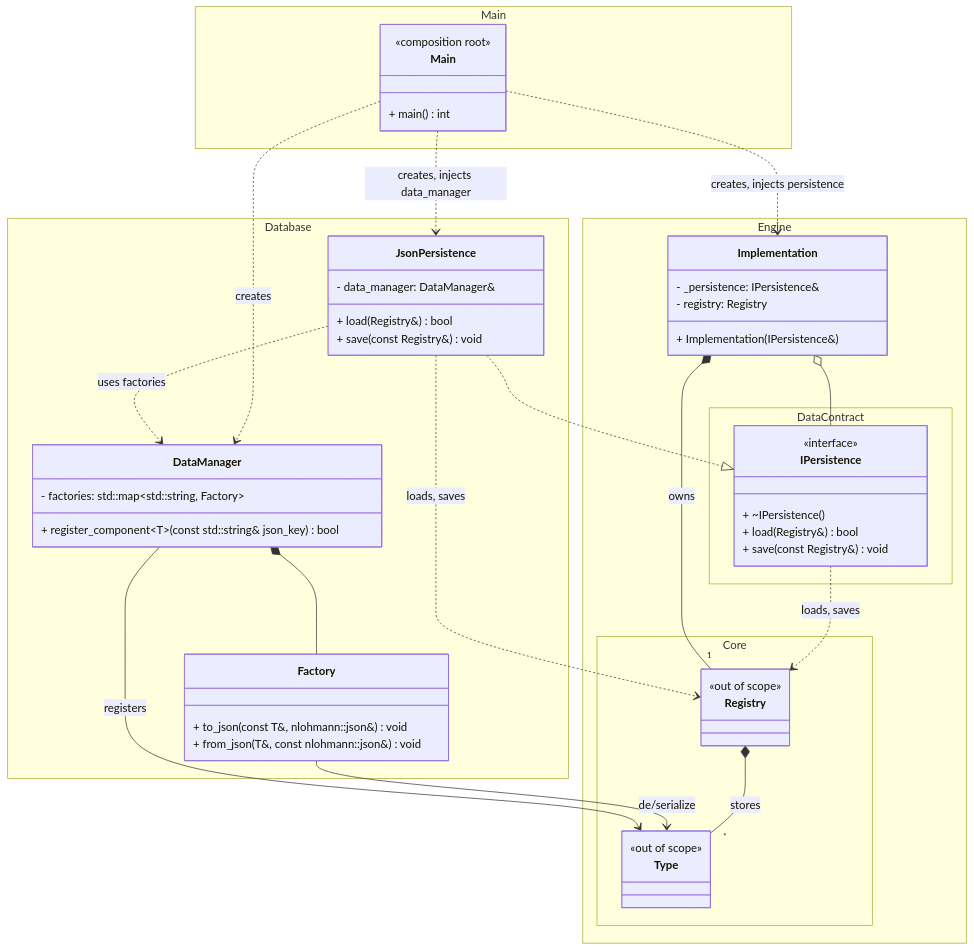
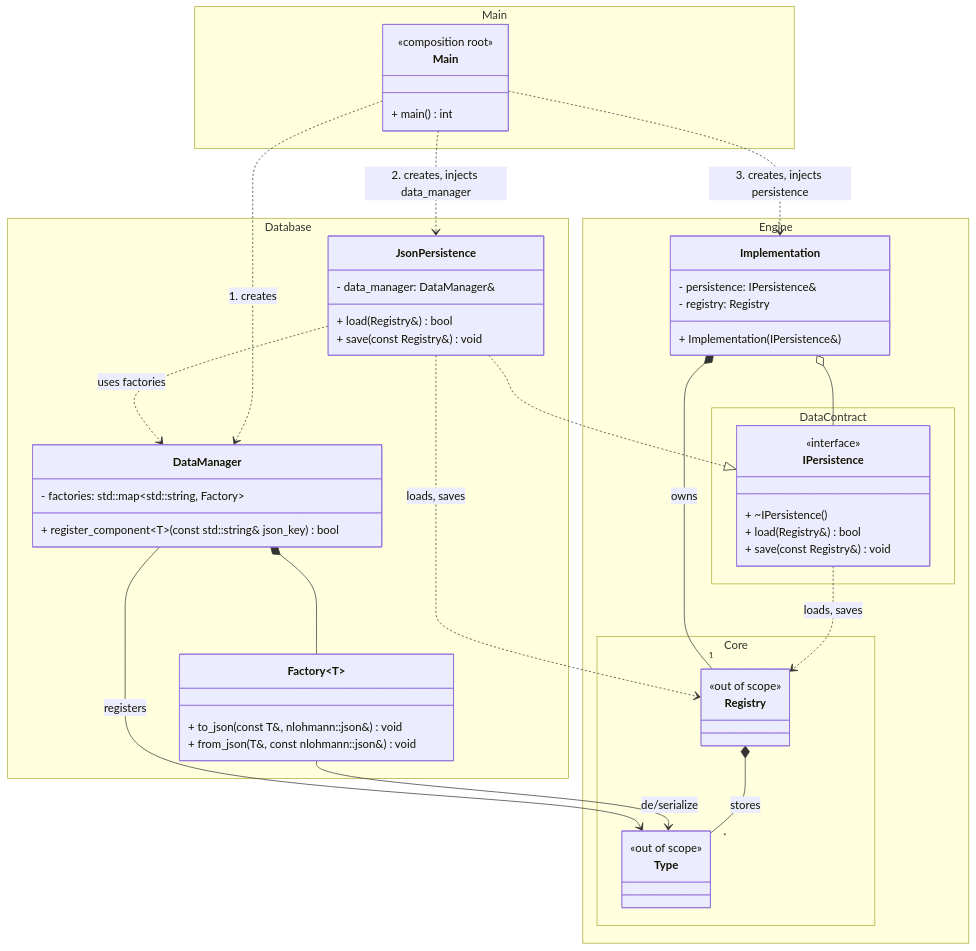
The diagram in uml/data_layer.mmd (MrStaircase/Robot-Factory-Idea), drawn with Mermaid before and after one commit. The commit also changed 2 other files, not shown here.

Commit message:
added logic class diagram

```diff
--- a/uml/data_layer.mmd
+++ b/uml/data_layer.mmd
@@ -1,75 +1,77 @@
 classDiagram
 %% This diagram illustrate how does the control layer (Engine) and the data layer (Database)
 %%  shall be coupled. This to mainly to show we can make a loose couple between the two
 %%  layers. This is also not a comprehensive diagram.
 
-    namespace _Main ["Main"]{
-        class Main{
-            <<composition root>>
-            + main() int
+%% Coincidentally this diagram fits well for the visual presentation, with some changes.
+
+namespace _Main ["Main"]{
+    class Main{
+        <<composition root>>
+        + main() int
+    }
+}
+
+namespace Engine{
+    namespace DataContract{
+        class IPersistence{
+            <<interface>>
+            + ~IPersistence()
+            + load(Registry&) bool
+            + save(const Registry&) void
         }
     }
 
-    namespace Engine{
-        namespace DataContract{
-            class IPersistence{
-                <<interface>>
-                + ~IPersistence()
-                + load(Registry&) bool
-                + save(const Registry&) void
-            }
+    namespace Core{
+        class Registry{
+            <<out of scope>>
+        }
+        
+        class Type{
+            <<out of scope>>
+            
+            %% Refers to registry types such as Transform, Grid, etc.
         }
 
-        namespace Core{
-            class Registry{
-                <<out of scope>>
-            }
-            
-            class Type{
-                <<out of scope>>
-                
-                %% Refers to registry types such as Transform, Grid, etc.
-            }
-
-        }
-
-        class Implementation{
-            %% name pending
-            - _persistence: IPersistence& 
-            - registry: Registry
-            + Implementation(IPersistence&)
-        }
     }
 
-    namespace Database{
-        class JsonPersistence{
-            - data_manager: DataManager&
-            + load(Registry&) bool
-            + save(const Registry&) void
-        }
+    class Implementation{
+        %% name pending
+        - persistence: IPersistence& 
+        - registry: Registry
+        + Implementation(IPersistence&)
+    }
+}
 
-        class DataManager{
-            - factories: std::map~std::string, Factory~
-            + register_component~T~(const std::string& json_key) bool
-        }
-
-        class Factory{
-            + to_json(const T&, nlohmann::json&) void
-            + from_json(T&, const nlohmann::json&) void
-        }
+namespace Database{
+    class JsonPersistence{
+        - data_manager: DataManager&
+        + load(Registry&) bool
+        + save(const Registry&) void
     }
 
-    Implementation o-- IPersistence
-    Implementation *-- "1" Registry: owns
-    JsonPersistence ..|> IPersistence
-    IPersistence ..> Registry: loads, saves
-    JsonPersistence ..> Registry: loads, saves
-    JsonPersistence ..> DataManager: uses factories
-    DataManager *-- Factory
-    DataManager --> Type: registers
-    Factory --> Type: de/serialize
-    Registry *-- "*" Type: stores
+    class DataManager{
+        - factories: std::map~std::string, Factory~
+        + register_component~T~(const std::string& json_key) bool
+    }
 
-    Main ..> DataManager: creates
-    Main ..> JsonPersistence: creates, injects data_manager
-    Main ..> Implementation: creates, injects persistence
+    class Factory~T~{
+        + to_json(const T&, nlohmann::json&) void
+        + from_json(T&, const nlohmann::json&) void
+    }
+}
+
+Implementation o-- IPersistence
+Implementation *-- "1" Registry: owns
+JsonPersistence ..|> IPersistence
+IPersistence ..> Registry: loads, saves
+JsonPersistence ..> Registry: loads, saves
+JsonPersistence ..> DataManager: uses factories
+DataManager *-- Factory
+DataManager --> Type: registers
+Factory --> Type: de/serialize
+Registry *-- "*" Type: stores
+
+Main ..> DataManager: 1. creates
+Main ..> JsonPersistence: 2. creates, injects data_manager
+Main ..> Implementation: 3. creates, injects persistence
```
